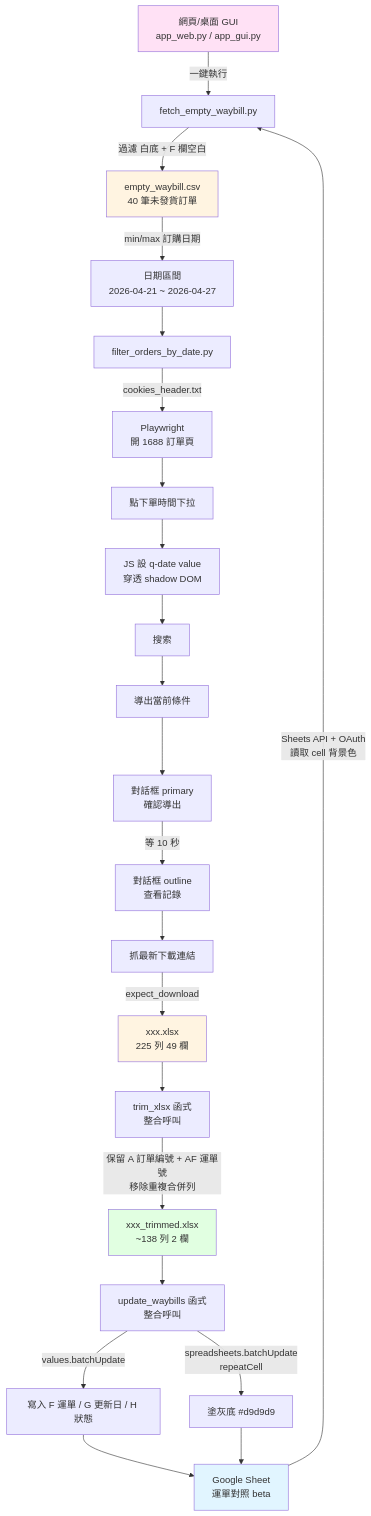
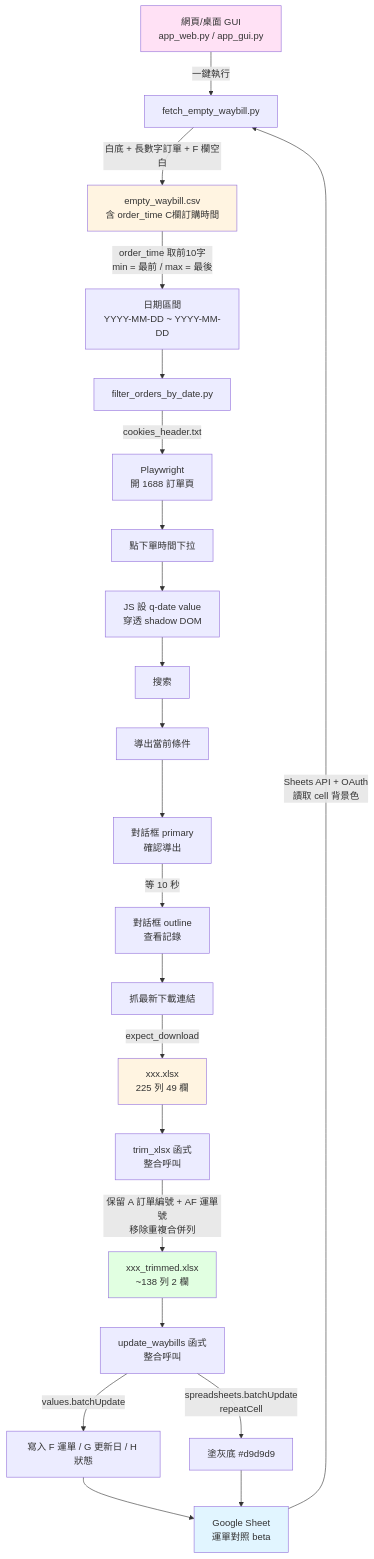
One commit to donaireirene549-ctrl/1.4.3 changed the diagram in flow_new.md. Above: the diagram before and after it, drawn with Mermaid. The commit also changed other lines of this file, not shown here.

First line of the commit message:
Enhance flow_new.md with order time detection logic

````diff
--- a/flow_new.md
+++ b/flow_new.md
@@ -5,33 +5,33 @@
 ```mermaid
 flowchart TD
     UI[網頁/桌面 GUI<br/>app_web.py / app_gui.py] -->|一鍵執行| S1
     A[Google Sheet<br/>運單對照 beta] -->|Sheets API + OAuth<br/>讀取 cell 背景色| S1[fetch_empty_waybill.py]
-    S1 -->|過濾 白底 + F 欄空白| C[empty_waybill.csv<br/>40 筆未發貨訂單]
-    C -->|min/max 訂購日期| D[日期區間<br/>2026-04-21 ~ 2026-04-27]
+    S1 -->|白底 + 長數字訂單 + F 欄空白| C[empty_waybill.csv<br/>含 order_time C欄訂購時間]
+    C -->|order_time 取前10字<br/>min = 最前 / max = 最後| D[日期區間<br/>YYYY-MM-DD ~ YYYY-MM-DD]
 
     D --> S2[filter_orders_by_date.py]
     S2 -->|cookies_header.txt| F[Playwright<br/>開 1688 訂單頁]
     F --> G[點下單時間下拉]
     G --> H[JS 設 q-date value<br/>穿透 shadow DOM]
     H --> I[搜索]
     I --> J[導出當前條件]
     J --> K[對話框 primary<br/>確認導出]
     K -->|等 10 秒| L[對話框 outline<br/>查看記錄]
     L --> M[抓最新下載連結]
     M -->|expect_download| N[xxx.xlsx<br/>225 列 49 欄]
 
     N --> T[trim_xlsx 函式<br/>整合呼叫]
     T -->|保留 A 訂單編號 + AF 運單號<br/>移除重複合併列| P[xxx_trimmed.xlsx<br/>~138 列 2 欄]
 
     P --> U[update_waybills 函式<br/>整合呼叫]
     U -->|values.batchUpdate| Q1[寫入 F 運單 / G 更新日 / H 狀態]
     U -->|spreadsheets.batchUpdate<br/>repeatCell| Q2[塗灰底 #d9d9d9]
     Q1 --> A
     Q2 --> A
 
     style A fill:#e1f5ff
     style C fill:#fff4e1
     style N fill:#fff4e1
     style P fill:#e1ffe1
     style UI fill:#ffe1f5
 ```
````
